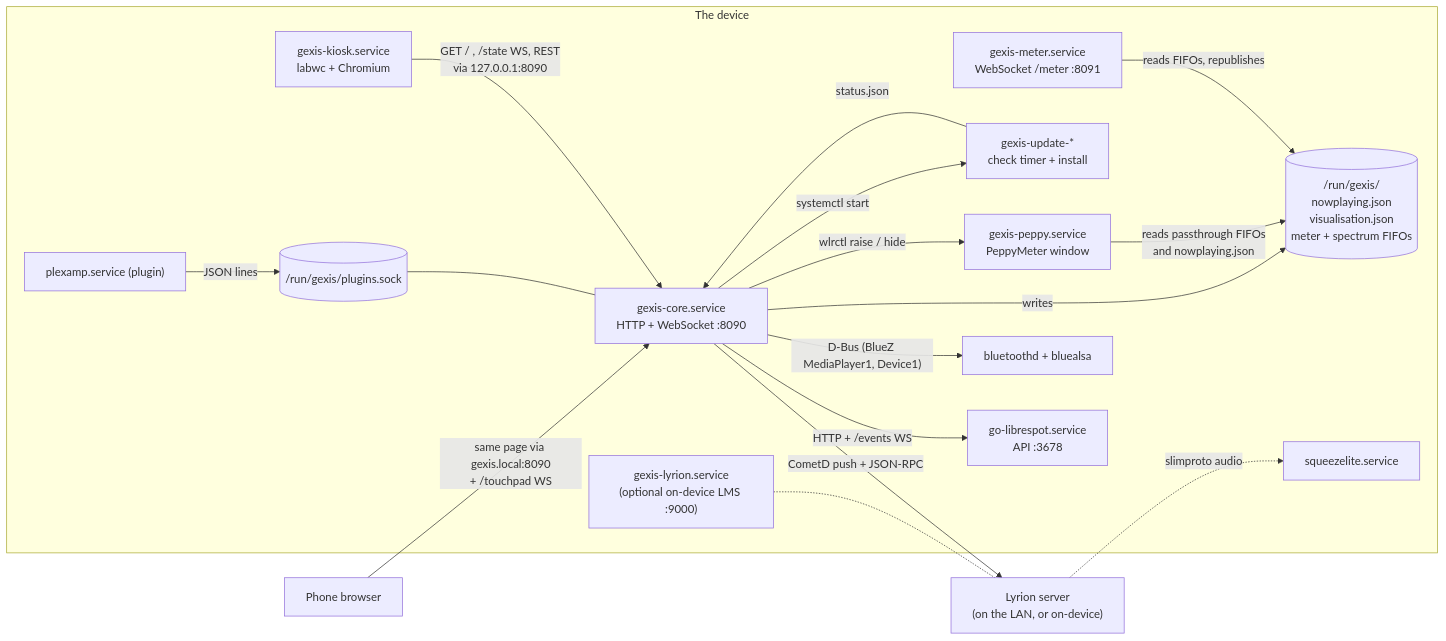
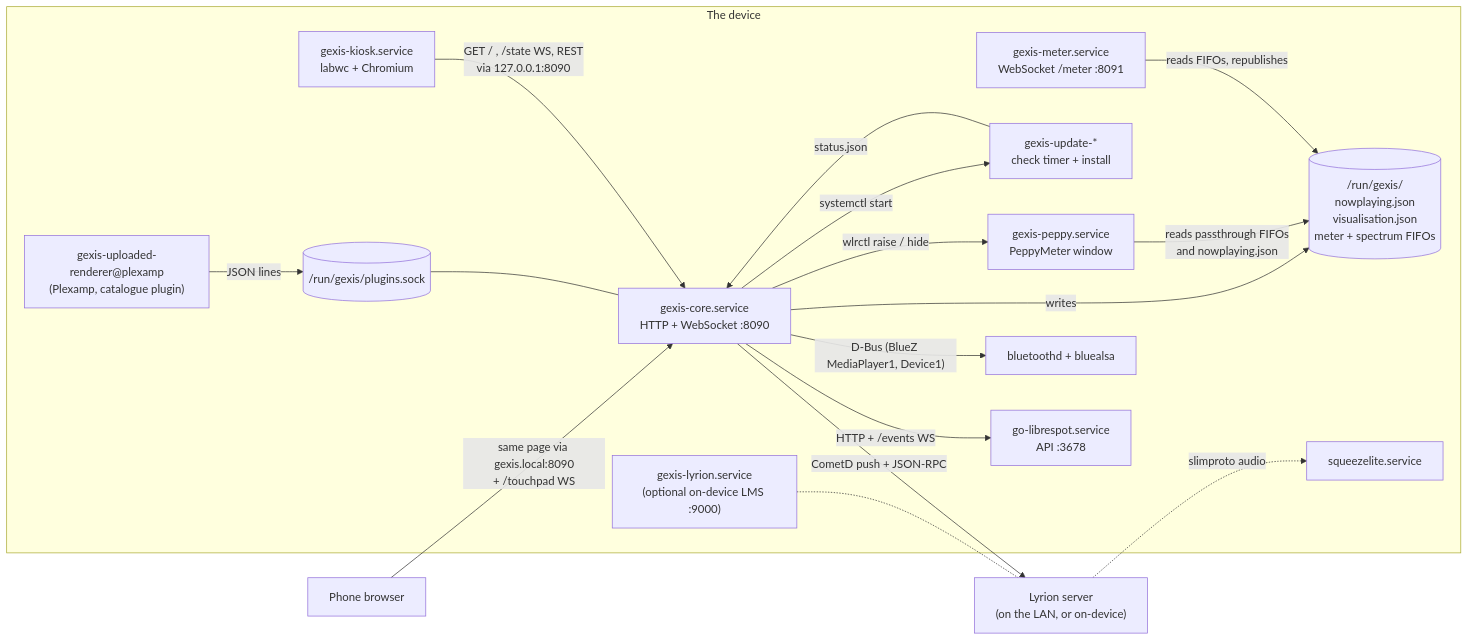
One commit to gcarstoiu/gexis-player changed the second of 3 diagrams in docs/tech/00-overview.md. Above: the diagram before and after it, drawn with Mermaid. The commit also changed other lines of this file and 8 other files, not shown here.

Commit message:
Plexamp from the catalogue in the public documents (ADR-0174): what ships, the FAQ, setup's install, its unit and download, the plugin guides

````diff
--- a/docs/tech/00-overview.md
+++ b/docs/tech/00-overview.md
@@ -86,35 +86,35 @@
 ```mermaid
 flowchart LR
     subgraph device["The device"]
         core["gexis-core.service<br/>HTTP + WebSocket :8090"]
         meter["gexis-meter.service<br/>WebSocket /meter :8091"]
         kiosk["gexis-kiosk.service<br/>labwc + Chromium"]
         peppyu["gexis-peppy.service<br/>PeppyMeter window"]
         sq["squeezelite.service"]
         gl["go-librespot.service<br/>API :3678"]
         bluez["bluetoothd + bluealsa"]
-        px["plexamp.service (plugin)"]
+        px["gexis-uploaded-renderer@plexamp<br/>(Plexamp, catalogue plugin)"]
         lyr["gexis-lyrion.service<br/>(optional on-device LMS :9000)"]
         upd["gexis-update-*<br/>check timer + install"]
         sock[("/run/gexis/plugins.sock")]
         run[("/run/gexis/<br/>nowplaying.json<br/>visualisation.json<br/>meter + spectrum FIFOs")]
     end
     lms["Lyrion server<br/>(on the LAN, or on-device)"]
     ph["Phone browser"]
 
     kiosk -- "GET / , /state WS, REST<br/>via 127.0.0.1:8090" --> core
     ph -- "same page via gexis.local:8090<br/>+ /touchpad WS" --> core
     core -- "CometD push + JSON-RPC" --> lms
     lms -. "slimproto audio" .-> sq
     lyr -.- lms
     core -- "HTTP + /events WS" --> gl
     core -- "D-Bus (BlueZ MediaPlayer1, Device1)" --> bluez
     px -- "JSON lines" --> sock
     sock --- core
     core -- "writes" --> run
     meter -- "reads FIFOs, republishes" --> run
     peppyu -- "reads passthrough FIFOs<br/>and nowplaying.json" --> run
     core -- "wlrctl raise / hide" --> peppyu
     core -- "systemctl start" --> upd
     upd -- "status.json" --> core
 ```
````
